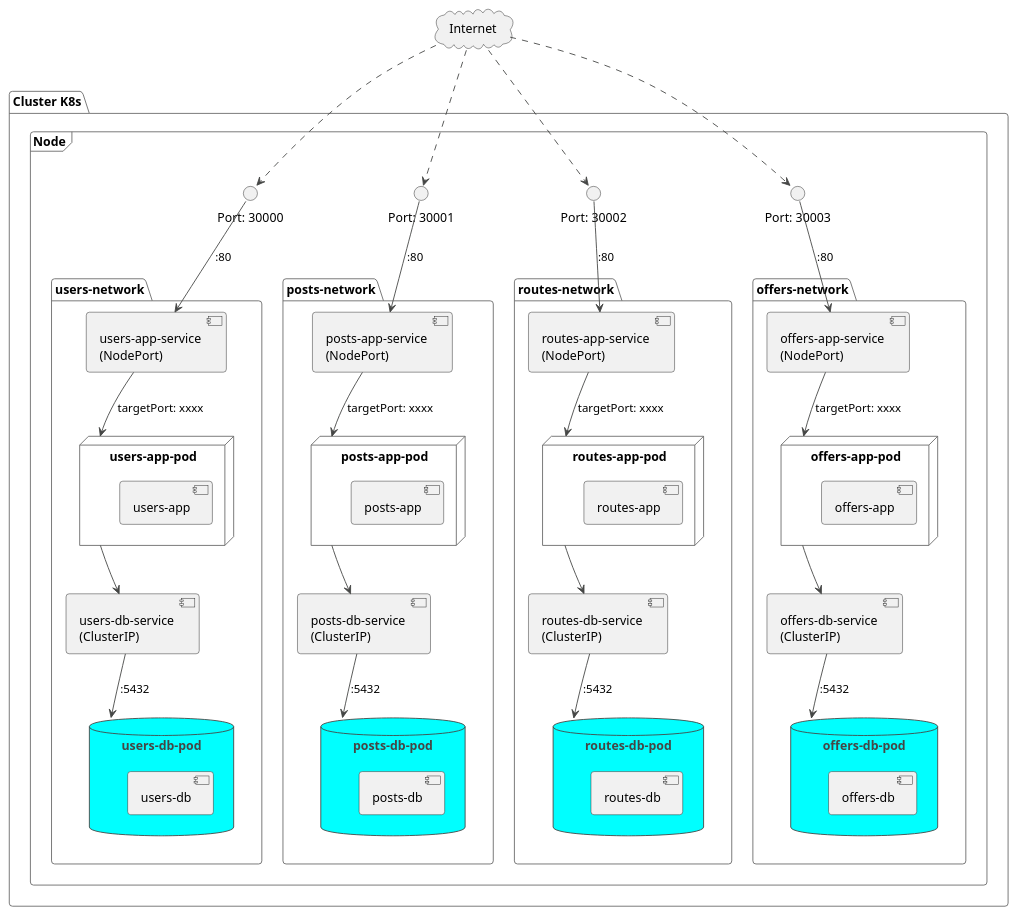
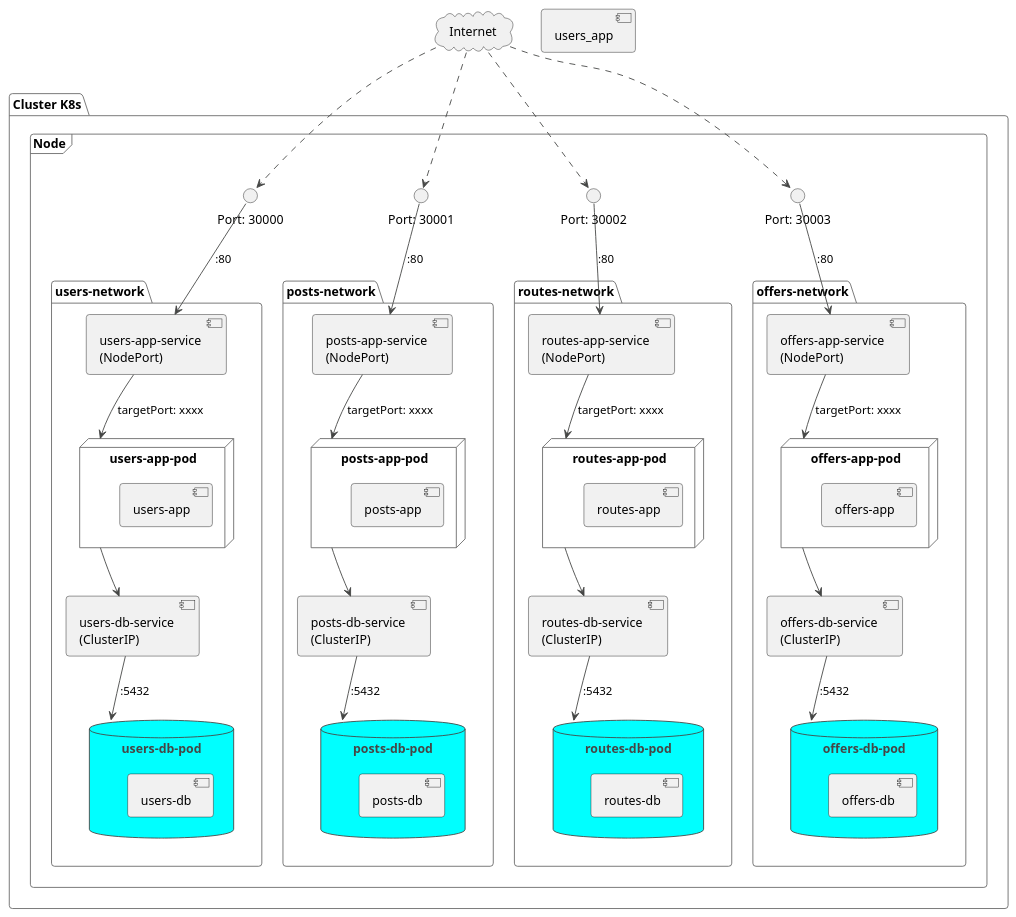
Before and after one commit to juanmabermudez/users-app: the diagram in docs/diagrams/networks.puml, drawn with PlantUML. The commit also changed 3 other files, not shown here.

Commit message:
fix(docs): agrega archivos y elementos requeridos por el evaluador de diagramas

```diff
--- a/docs/diagrams/networks.puml
+++ b/docs/diagrams/networks.puml
@@ -1,100 +1,101 @@
 @startuml
 !theme vibrant
 
 ' Declaración de componentes globales
 cloud "Internet" as Internet
 package "Cluster K8s" {
     frame "Node" {
 
         ' Interfaces de Red (NodePort)
         interface "Port: 30000" as NP_users
         interface "Port: 30001" as NP_posts
         interface "Port: 30002" as NP_routes
         interface "Port: 30003" as NP_offers
 
         ' Columna de la aplicación "Users"
         package "users-network" {
             component "users-app-service \n(NodePort)" as users_app_svc
             node "users-app-pod" as users_app_pod {
                 component "users-app"
             }
             component "users-db-service \n(ClusterIP)" as users_db_svc
             database "users-db-pod" as users_db_pod {
                  component "users-db"
             }
         }
 
         ' Columna de la aplicación "Posts"
         package "posts-network" {
             component "posts-app-service \n(NodePort)" as posts_app_svc
             node "posts-app-pod" as posts_app_pod {
                  component "posts-app"
             }
             component "posts-db-service \n(ClusterIP)" as posts_db_svc
             database "posts-db-pod" as posts_db_pod {
                  component "posts-db"
             }
         }
 
         ' Columna de la aplicación "Routes"
         package "routes-network" {
             component "routes-app-service \n(NodePort)" as routes_app_svc
             node "routes-app-pod" as routes_app_pod {
                  component "routes-app"
             }
             component "routes-db-service \n(ClusterIP)" as routes_db_svc
             database "routes-db-pod" as routes_db_pod {
                  component "routes-db"
             }
         }
 
         ' Columna de la aplicación "Offers"
         package "offers-network" {
             component "offers-app-service \n(NodePort)" as offers_app_svc
             node "offers-app-pod" as offers_app_pod {
                  component "offers-app"
             }
             component "offers-db-service \n(ClusterIP)" as offers_db_svc
             database "offers-db-pod" as offers_db_pod {
                  component "offers-db"
             }
         }
     }
 }
 
 ' --- DEFINICIÓN DE RELACIONES ---
 
 ' Conexiones Externas (Internet -> NodePort -> Service)
 Internet ..> NP_users
 Internet ..> NP_posts
 Internet ..> NP_routes
 Internet ..> NP_offers
 
 NP_users --> users_app_svc : ":80"
 NP_posts --> posts_app_svc : ":80"
 NP_routes --> routes_app_svc : ":80"
 NP_offers --> offers_app_svc : ":80"
 
 ' Conexiones Internas (Service -> Pod -> DB Service -> DB Pod)
 
 ' Flujo de "Users"
 users_app_svc --> users_app_pod : "targetPort: xxxx"
 users_app_pod --> users_db_svc
 users_db_svc --> users_db_pod : ":5432"
 
 ' Flujo de "Posts"
 posts_app_svc --> posts_app_pod : "targetPort: xxxx"
 posts_app_pod --> posts_db_svc
 posts_db_svc --> posts_db_pod : ":5432"
 
 ' Flujo de "Routes"
 routes_app_svc --> routes_app_pod : "targetPort: xxxx"
 routes_app_pod --> routes_db_svc
 routes_db_svc --> routes_db_pod : ":5432"
 
 ' Flujo de "Offers"
 offers_app_svc --> offers_app_pod : "targetPort: xxxx"
 offers_app_pod --> offers_db_svc
 offers_db_svc --> offers_db_pod : ":5432"
 
+component users_app
 @enduml
```
